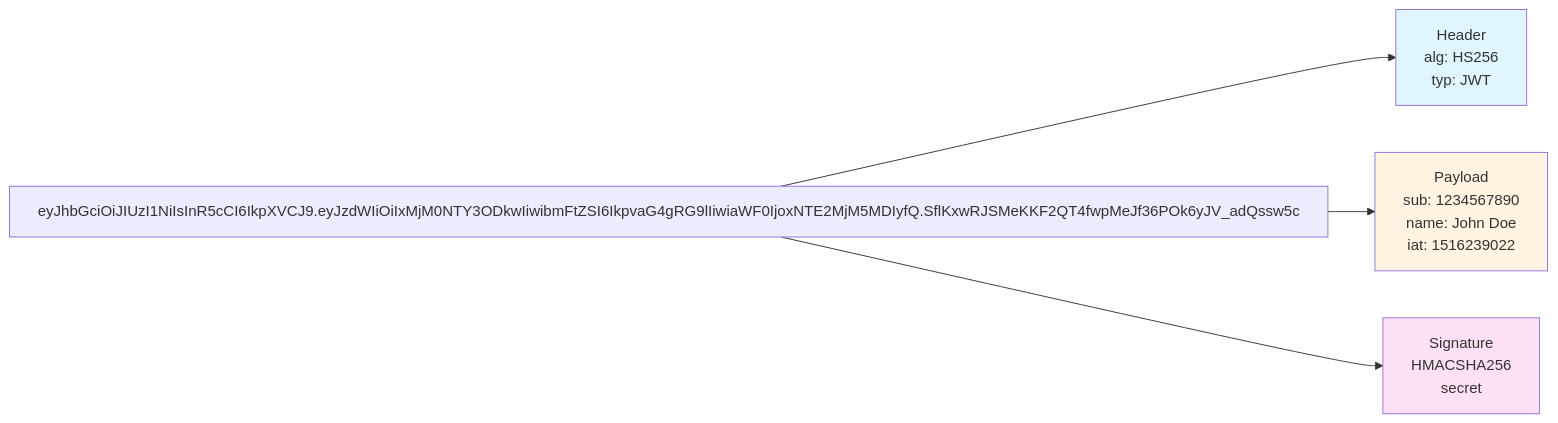
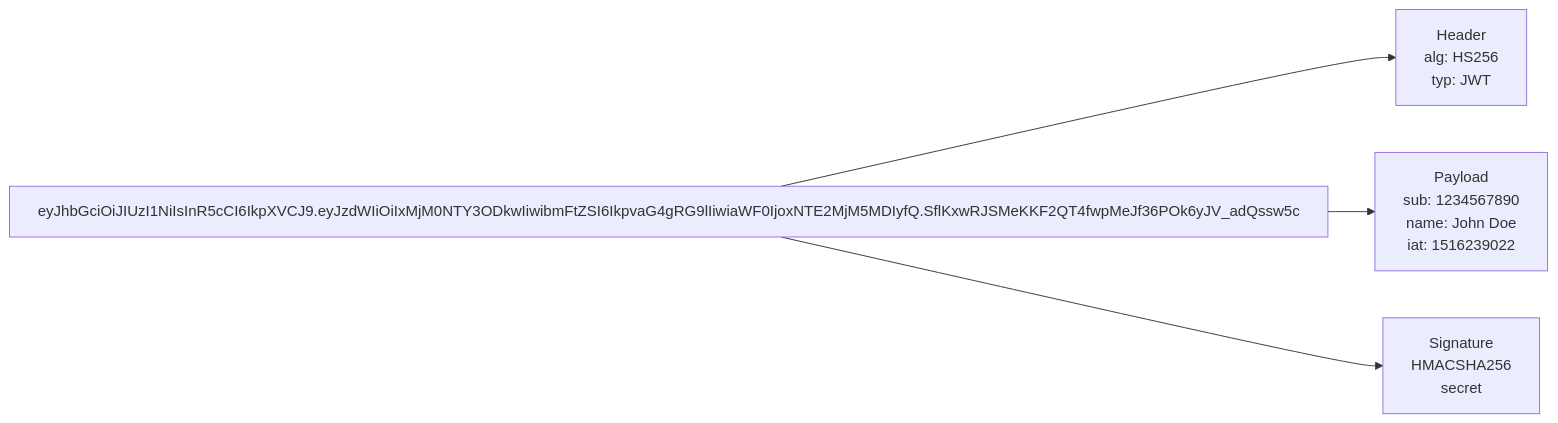
Before and after one commit to juwon8891/juwon8891.github.io: the ninth of 16 diagrams in docs/eks/week4-authn-authz.md, drawn with Mermaid. The commit also changed other lines of this file and 18 other files, not shown here.

Commit message:
Remove bright colors from Mermaid diagrams for dark mode compatibility

````diff
--- a/docs/eks/week4-authn-authz.md
+++ b/docs/eks/week4-authn-authz.md
@@ -579,12 +566,9 @@
 ```mermaid
 graph LR
     JWT[eyJhbGciOiJIUzI1NiIsInR5cCI6IkpXVCJ9.eyJzdWIiOiIxMjM0NTY3ODkwIiwibmFtZSI6IkpvaG4gRG9lIiwiaWF0IjoxNTE2MjM5MDIyfQ.SflKxwRJSMeKKF2QT4fwpMeJf36POk6yJV_adQssw5c]
 
     JWT --> Header[Header<br/>alg: HS256<br/>typ: JWT]
     JWT --> Payload[Payload<br/>sub: 1234567890<br/>name: John Doe<br/>iat: 1516239022]
     JWT --> Signature[Signature<br/>HMACSHA256<br/>secret]
 
-    style Header fill:#e1f5ff
-    style Payload fill:#fff4e1
-    style Signature fill:#ffe1f5
 ```
````
